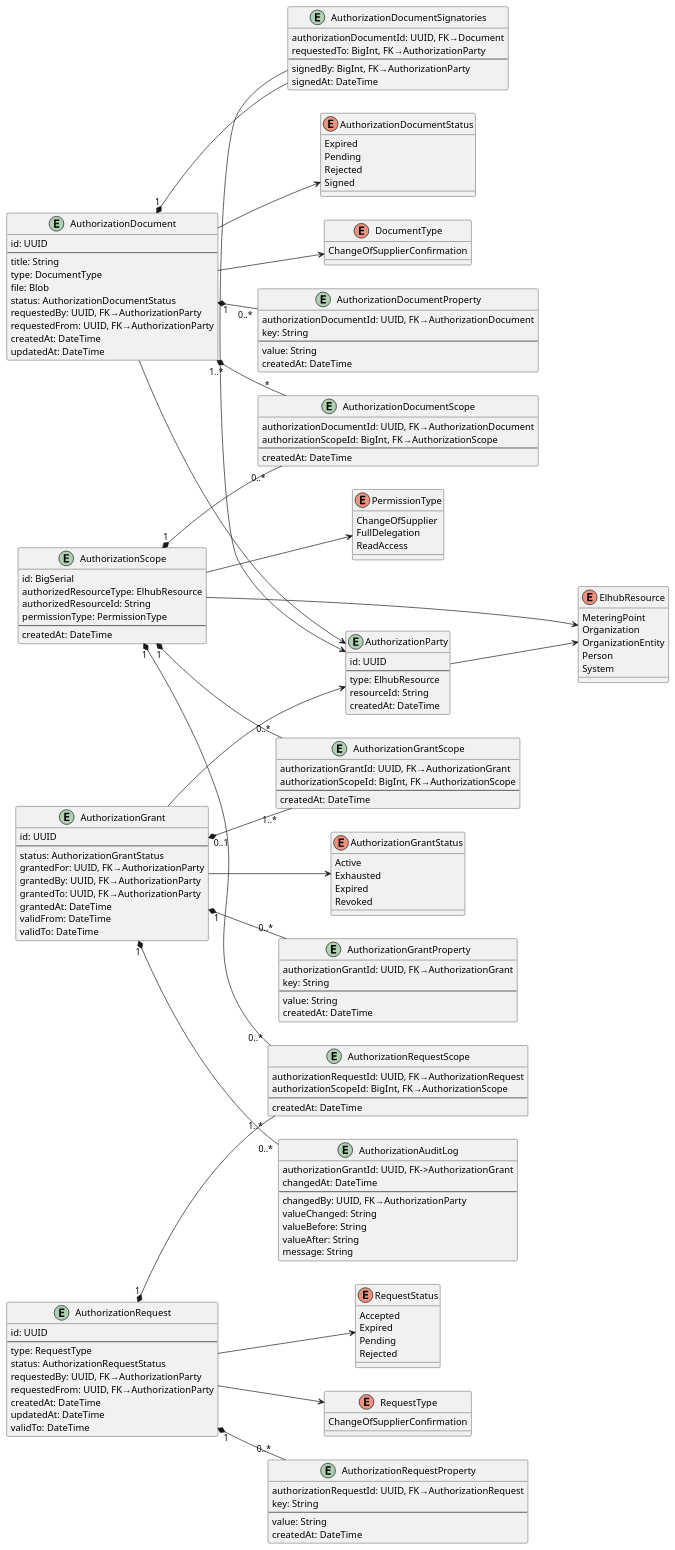
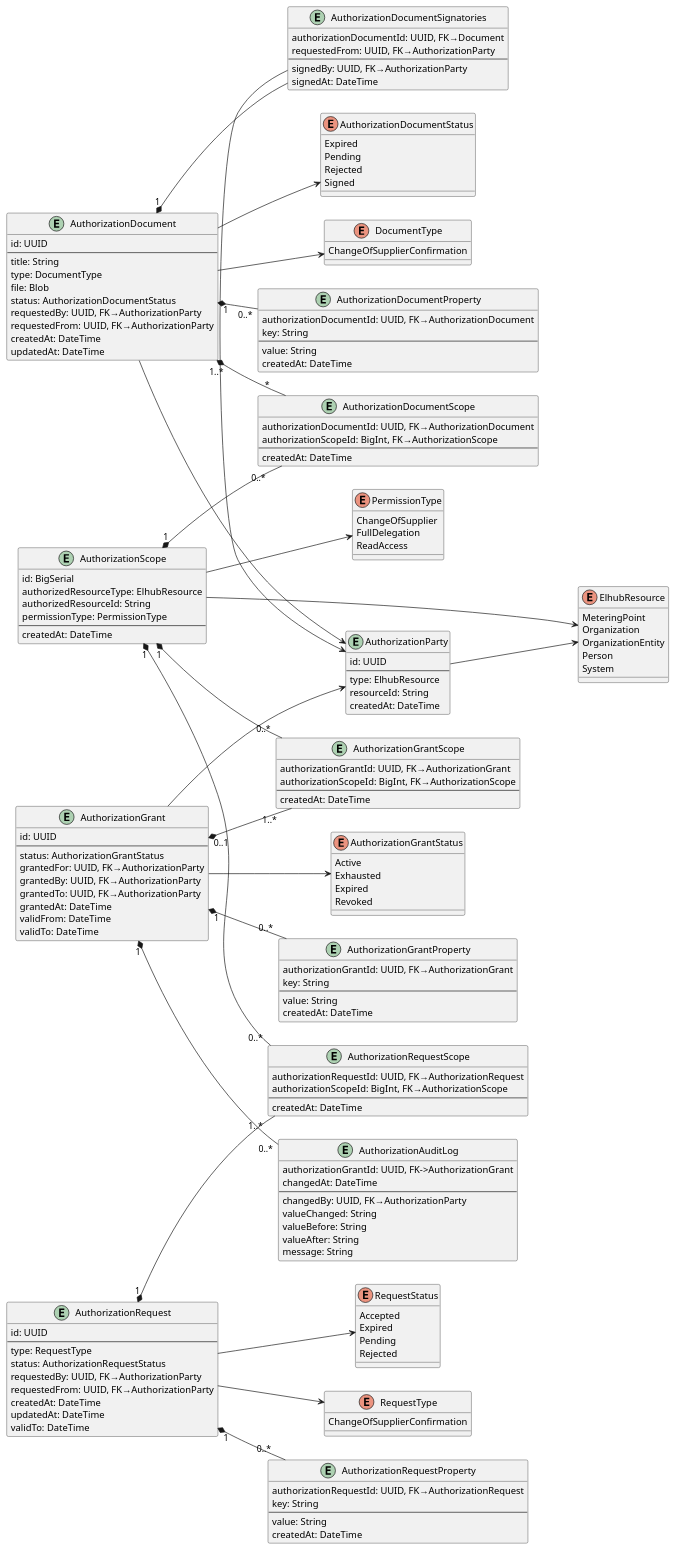
The diagram in docs/assets/datamodel.plantuml (elhub/auth-grant-manager), drawn with PlantUML before and after one commit. The commit also changed 4 other files, not shown here.

Commit message:
For authorization document flow, rename requested_to -> requested_from. Also change type for requested_{from.by} and signed_by since they are referring to authorization party.

```diff
--- a/docs/assets/datamodel.plantuml
+++ b/docs/assets/datamodel.plantuml
@@ -1,196 +1,196 @@
 @startuml datamodel
 left to right direction
 'top to bottom direction
 
 ' The PartyId is a type that is used to identify a party
 ' It can be an elhub user Id or a GLN. It is a string because it can be a UUID or a GLN-number
 ' type PartyId = String
 
 enum AuthorizationGrantStatus {
   Active
   Exhausted
   Expired
   Revoked
 }
 
 enum PermissionType {
   ChangeOfSupplier
   FullDelegation
   ReadAccess
 }
 
 enum AuthorizationDocumentStatus {
   Expired
   Pending
   Rejected
   Signed
 }
 
 enum RequestStatus {
   Accepted
   Expired
   Pending
   Rejected
 }
 
 enum ElhubResource {
   MeteringPoint
   Organization
   OrganizationEntity
   Person
   System
 }
 
 enum DocumentType {
   ChangeOfSupplierConfirmation
 }
 
 enum RequestType {
   ChangeOfSupplierConfirmation
 }
 
 entity AuthorizationGrant {
   id: UUID
   --
   status: AuthorizationGrantStatus
   grantedFor: UUID, FK→AuthorizationParty
   grantedBy: UUID, FK→AuthorizationParty
   grantedTo: UUID, FK→AuthorizationParty
   grantedAt: DateTime
   validFrom: DateTime
   validTo: DateTime
 }
 
 ' Used to store metadata related to the AuthorizationGrant
 entity AuthorizationGrantProperty {
   authorizationGrantId: UUID, FK→AuthorizationGrant
   key: String
   --
   value: String
   createdAt: DateTime
 }
 
 entity AuthorizationAuditLog {
   authorizationGrantId: UUID, FK->AuthorizationGrant
   changedAt: DateTime
   --
   changedBy: UUID, FK→AuthorizationParty
   valueChanged: String
   valueBefore: String
   valueAfter: String
   message: String
 }
 
 entity AuthorizationRequest {
   id: UUID
   --
   type: RequestType
   status: AuthorizationRequestStatus
   requestedBy: UUID, FK→AuthorizationParty
   requestedFrom: UUID, FK→AuthorizationParty
   createdAt: DateTime
   updatedAt: DateTime
   validTo: DateTime
 }
 
 entity AuthorizationRequestProperty {
   authorizationRequestId: UUID, FK→AuthorizationRequest
   key: String
   --
   value: String
   createdAt: DateTime
 }
 
 ' In this model it is assumed that the metadata is stored in the document.
 entity AuthorizationDocument {
   id: UUID
   --
   title: String
   type: DocumentType
   file: Blob
   status: AuthorizationDocumentStatus
   requestedBy: UUID, FK→AuthorizationParty
   requestedFrom: UUID, FK→AuthorizationParty
   createdAt: DateTime
   updatedAt: DateTime
 }
 
 entity AuthorizationDocumentProperty {
   authorizationDocumentId: UUID, FK→AuthorizationDocument
   key: String
   --
   value: String
   createdAt: DateTime
 }
 
 entity AuthorizationDocumentSignatories {
   authorizationDocumentId: UUID, FK→Document
-  requestedTo: BigInt, FK→AuthorizationParty
+  requestedFrom: UUID, FK→AuthorizationParty
   --
-  signedBy: BigInt, FK→AuthorizationParty
+  signedBy: UUID, FK→AuthorizationParty
   signedAt: DateTime
 }
 
 entity AuthorizationGrantScope {
   authorizationGrantId: UUID, FK→AuthorizationGrant
   authorizationScopeId: BigInt, FK→AuthorizationScope
   --
   createdAt: DateTime
 }
 
 entity AuthorizationDocumentScope {
   authorizationDocumentId: UUID, FK→AuthorizationDocument
   authorizationScopeId: BigInt, FK→AuthorizationScope
   --
   createdAt: DateTime
 }
 
 entity AuthorizationRequestScope {
   authorizationRequestId: UUID, FK→AuthorizationRequest
   authorizationScopeId: BigInt, FK→AuthorizationScope
   --
   createdAt: DateTime
 }
 
 entity AuthorizationScope {
   id: BigSerial
   authorizedResourceType: ElhubResource
   authorizedResourceId: String
   permissionType: PermissionType
   --
   createdAt: DateTime
 }
 
 entity AuthorizationParty {
   id: UUID
   --
   type: ElhubResource
   resourceId: String
   createdAt: DateTime
 }
 
 ' Relationships
 AuthorizationGrant "1" *-- "0..*" AuthorizationGrantProperty
 AuthorizationGrant "0..1" *-- "1..*" AuthorizationGrantScope
 AuthorizationGrant "1" *-- "0..*" AuthorizationAuditLog
 AuthorizationGrant --> AuthorizationGrantStatus
 AuthorizationGrant --> AuthorizationParty
 AuthorizationScope --> ElhubResource
 AuthorizationScope --> PermissionType
 AuthorizationScope "1" *-- "0..*" AuthorizationGrantScope
 AuthorizationScope "1" *-- "0..*" AuthorizationRequestScope
 AuthorizationScope "1" *-- "0..*" AuthorizationDocumentScope
 AuthorizationDocument "1" *-- "0..*" AuthorizationDocumentProperty
 AuthorizationDocument "1" *-- AuthorizationDocumentSignatories
 AuthorizationDocument "1..*" *-- "*" AuthorizationDocumentScope
 AuthorizationDocument --> DocumentType
 AuthorizationDocument --> AuthorizationDocumentStatus
 AuthorizationDocument --> AuthorizationParty
 AuthorizationDocumentSignatories -> AuthorizationParty
 AuthorizationRequest "1" *-- "0..*" AuthorizationRequestProperty
 AuthorizationRequest "1" *-- "1..*" AuthorizationRequestScope
 AuthorizationRequest --> RequestType
 AuthorizationRequest --> RequestStatus
 AuthorizationParty --> ElhubResource
 
 @enduml
```
